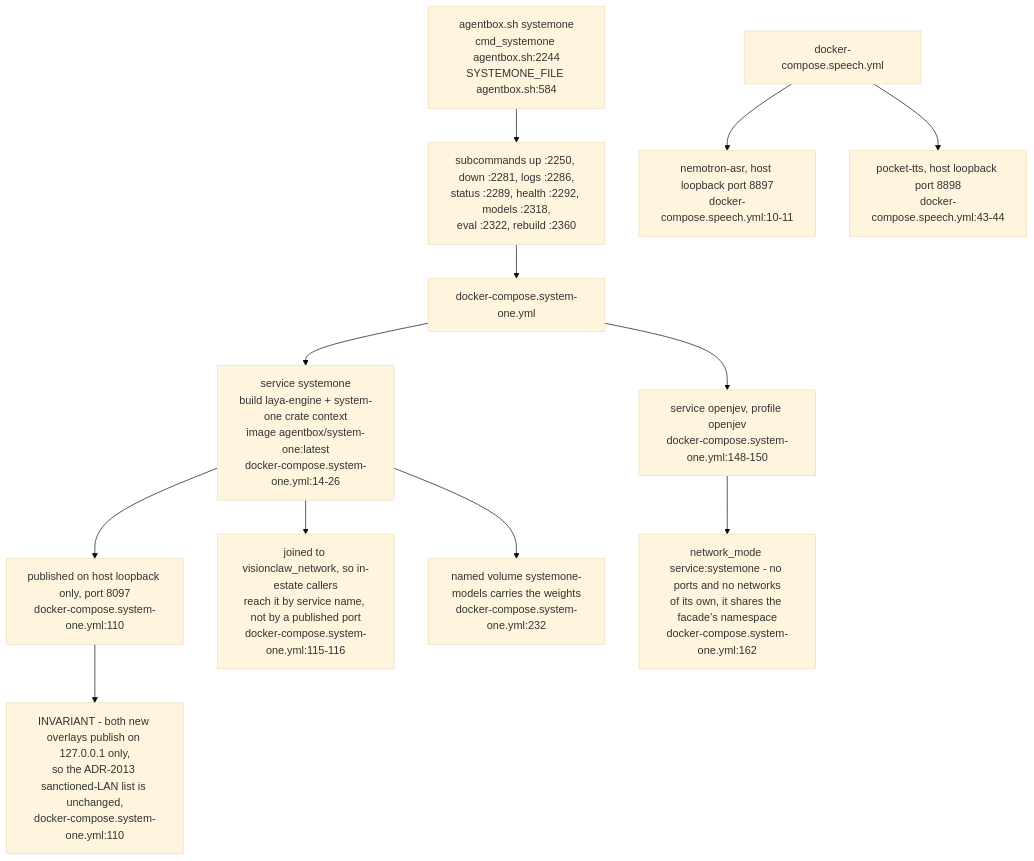
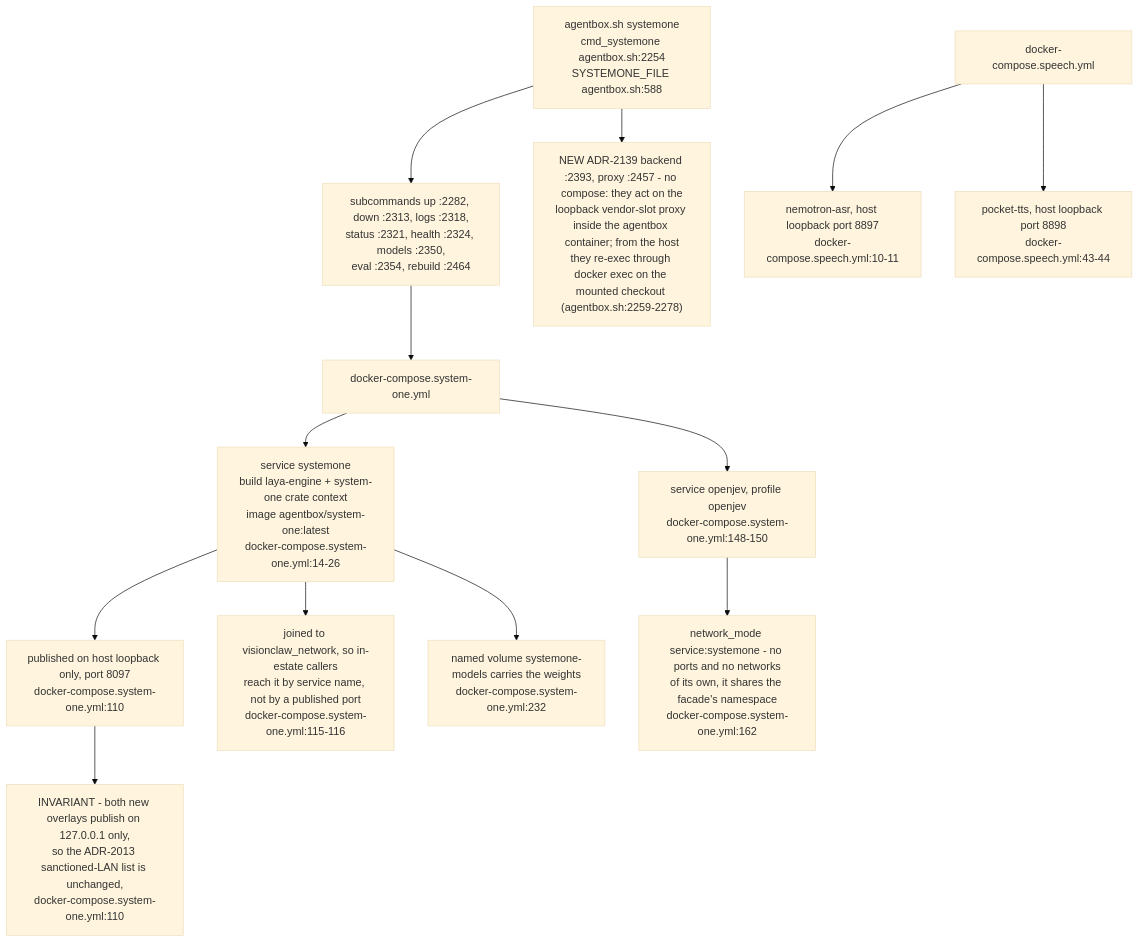
Before and after one commit to DreamLab-AI/VisionFlow: the tenth of 13 diagrams in docs/diagrams/agentbox/06-sidecars-and-compose-overlays.md, drawn with Mermaid (base theme). The commit also changed other lines of this file and 80 other files, not shown here.

First line of the commit message:
docs(diagrams): re-verify the agentbox, dreamlab, estate and visionflow corpus against current sources

````diff
--- a/docs/diagrams/agentbox/06-sidecars-and-compose-overlays.md
+++ b/docs/diagrams/agentbox/06-sidecars-and-compose-overlays.md
@@ -294,18 +294,19 @@
 ```mermaid
 flowchart TB
-    CLI["agentbox.sh systemone<br/>cmd_systemone agentbox.sh:2244<br/>SYSTEMONE_FILE agentbox.sh:584"] --> SUB["subcommands up :2250, down :2281, logs :2286,<br/>status :2289, health :2292, models :2318,<br/>eval :2322, rebuild :2360"]
+    CLI["agentbox.sh systemone<br/>cmd_systemone agentbox.sh:2254<br/>SYSTEMONE_FILE agentbox.sh:588"] --> SUB["subcommands up :2282, down :2313, logs :2318,<br/>status :2321, health :2324, models :2350,<br/>eval :2354, rebuild :2464"]
+    CLI --> VEND["NEW ADR-2139 backend :2393, proxy :2457 - no compose: they act on the<br/>loopback vendor-slot proxy inside the agentbox container; from the host<br/>they re-exec through docker exec on the mounted checkout (agentbox.sh:2259-2278)"]
     SUB --> COMPOSE["docker-compose.system-one.yml"]
 
     COMPOSE --> FACADE["service systemone<br/>build laya-engine + system-one crate context<br/>image agentbox/system-one:latest<br/>docker-compose.system-one.yml:14-26"]
     FACADE --> PUB["published on host loopback only, port 8097<br/>docker-compose.system-one.yml:110"]
     FACADE --> NET["joined to visionclaw_network, so in-estate callers<br/>reach it by service name, not by a published port<br/>docker-compose.system-one.yml:115-116"]
     FACADE --> VOL["named volume systemone-models carries the weights<br/>docker-compose.system-one.yml:232"]
 
     COMPOSE --> ENGINE["service openjev, profile openjev<br/>docker-compose.system-one.yml:148-150"]
     ENGINE --> NM["network_mode service:systemone - no ports and no networks<br/>of its own, it shares the facade's namespace<br/>docker-compose.system-one.yml:162"]
 
     SPEECH["docker-compose.speech.yml"] --> ASR["nemotron-asr, host loopback port 8897<br/>docker-compose.speech.yml:10-11"]
     SPEECH --> TTS["pocket-tts, host loopback port 8898<br/>docker-compose.speech.yml:43-44"]
 
     PUB --> INV["INVARIANT - both new overlays publish on 127.0.0.1 only,<br/>so the ADR-2013 sanctioned-LAN list is unchanged,<br/>docker-compose.system-one.yml:110"]
 ```
````
